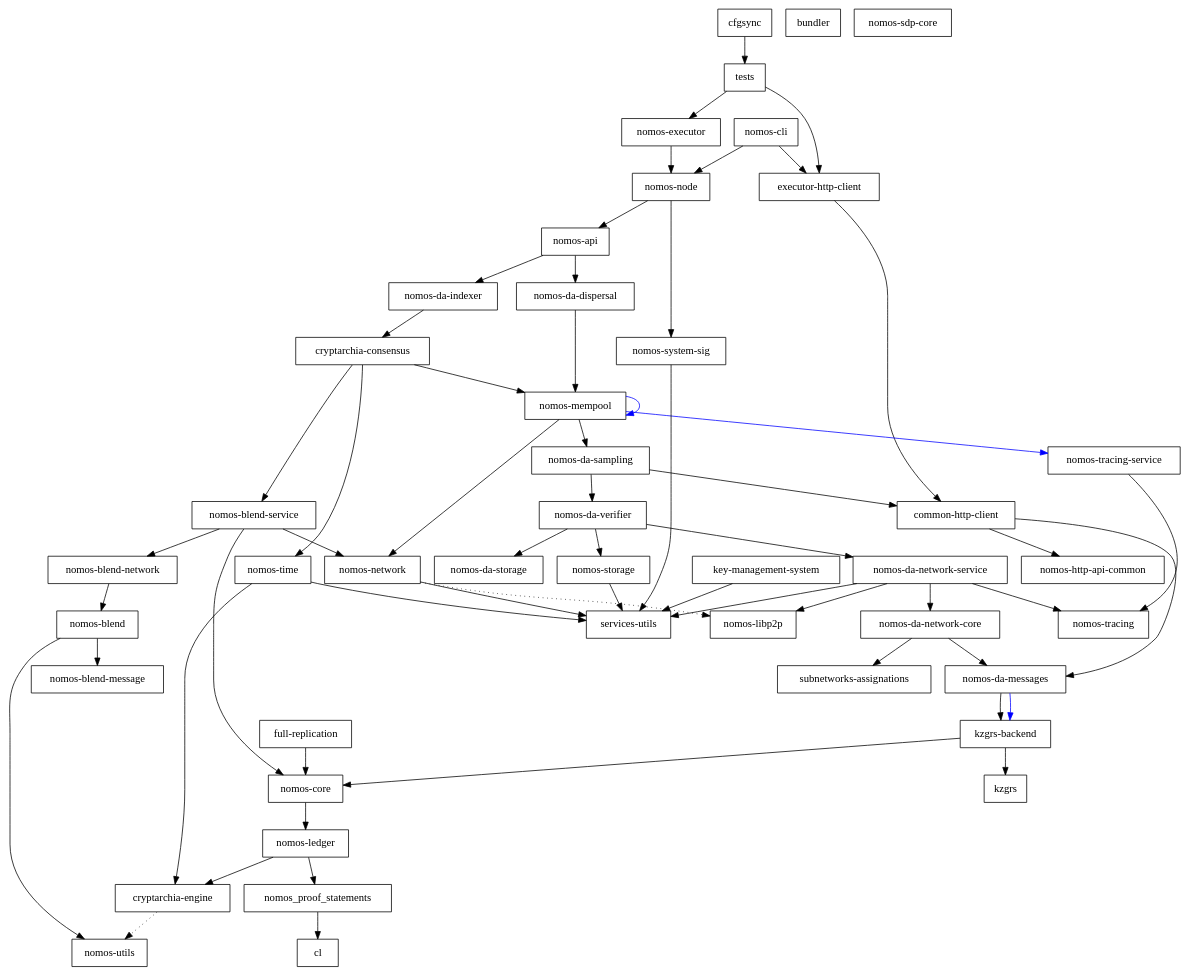
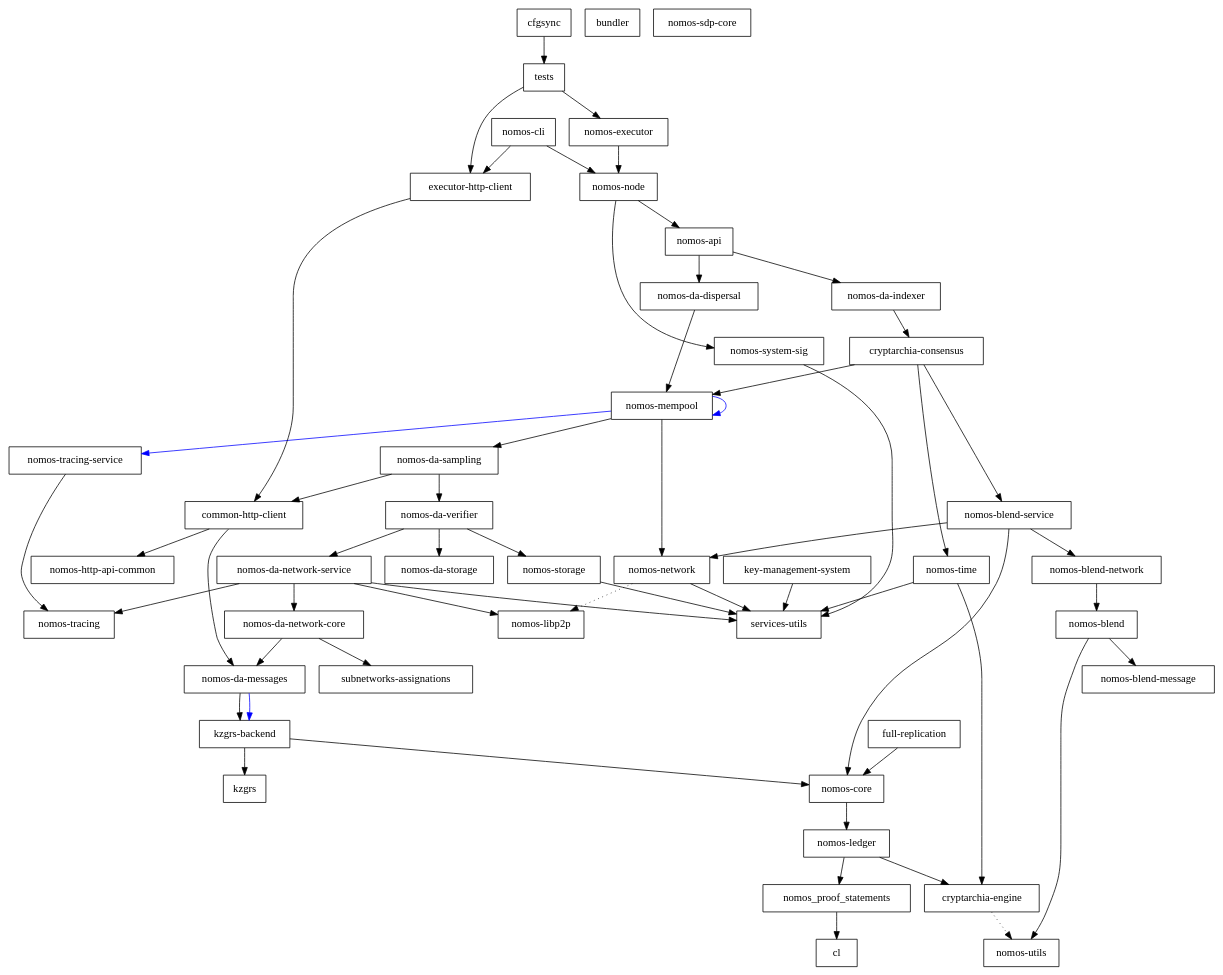
One commit to logos-co/nomos changed the diagram in dependencies_graph.dot. Above: the diagram before and after it, drawn with Graphviz. The commit also changed 5 other files, not shown here.

Commit message:
rename client to http-client, re-export error

```diff
--- a/dependencies_graph.dot
+++ b/dependencies_graph.dot
@@ -1,103 +1,103 @@
 digraph {
     0 [ label = "cryptarchia-engine" shape = box]
     1 [ label = "nomos-utils" shape = box]
     2 [ label = "nomos-ledger" shape = box]
     3 [ label = "cl" shape = box]
     4 [ label = "nomos_proof_statements" shape = box]
     5 [ label = "nomos-http-api-common" shape = box]
-    6 [ label = "executor-http-client" shape = box]
-    7 [ label = "common-http-client" shape = box]
-    8 [ label = "nomos-core" shape = box]
-    9 [ label = "nomos-da-messages" shape = box]
-    10 [ label = "kzgrs-backend" shape = box]
-    11 [ label = "kzgrs" shape = box]
-    12 [ label = "nomos-executor" shape = box]
-    13 [ label = "nomos-api" shape = box]
-    14 [ label = "cryptarchia-consensus" shape = box]
-    15 [ label = "nomos-blend-service" shape = box]
-    16 [ label = "nomos-blend" shape = box]
-    17 [ label = "nomos-blend-message" shape = box]
-    18 [ label = "nomos-blend-network" shape = box]
-    19 [ label = "nomos-libp2p" shape = box]
-    20 [ label = "nomos-network" shape = box]
-    21 [ label = "services-utils" shape = box]
-    22 [ label = "nomos-da-sampling" shape = box]
-    23 [ label = "nomos-da-network-core" shape = box]
-    24 [ label = "subnetworks-assignations" shape = box]
-    25 [ label = "nomos-da-network-service" shape = box]
-    26 [ label = "nomos-tracing" shape = box]
-    27 [ label = "nomos-da-storage" shape = box]
-    28 [ label = "nomos-da-verifier" shape = box]
-    29 [ label = "nomos-storage" shape = box]
-    30 [ label = "nomos-mempool" shape = box]
-    31 [ label = "nomos-tracing-service" shape = box]
-    32 [ label = "nomos-time" shape = box]
-    33 [ label = "nomos-da-dispersal" shape = box]
-    34 [ label = "nomos-da-indexer" shape = box]
-    35 [ label = "nomos-node" shape = box]
-    36 [ label = "nomos-system-sig" shape = box]
+    6 [ label = "nomos-executor" shape = box]
+    7 [ label = "kzgrs-backend" shape = box]
+    8 [ label = "kzgrs" shape = box]
+    9 [ label = "nomos-core" shape = box]
+    10 [ label = "nomos-api" shape = box]
+    11 [ label = "cryptarchia-consensus" shape = box]
+    12 [ label = "nomos-blend-service" shape = box]
+    13 [ label = "nomos-blend" shape = box]
+    14 [ label = "nomos-blend-message" shape = box]
+    15 [ label = "nomos-blend-network" shape = box]
+    16 [ label = "nomos-libp2p" shape = box]
+    17 [ label = "nomos-network" shape = box]
+    18 [ label = "services-utils" shape = box]
+    19 [ label = "nomos-da-sampling" shape = box]
+    20 [ label = "common-http-client" shape = box]
+    21 [ label = "nomos-da-messages" shape = box]
+    22 [ label = "nomos-da-network-core" shape = box]
+    23 [ label = "subnetworks-assignations" shape = box]
+    24 [ label = "nomos-da-network-service" shape = box]
+    25 [ label = "nomos-tracing" shape = box]
+    26 [ label = "nomos-da-storage" shape = box]
+    27 [ label = "nomos-da-verifier" shape = box]
+    28 [ label = "nomos-storage" shape = box]
+    29 [ label = "nomos-mempool" shape = box]
+    30 [ label = "nomos-tracing-service" shape = box]
+    31 [ label = "nomos-time" shape = box]
+    32 [ label = "nomos-da-dispersal" shape = box]
+    33 [ label = "nomos-da-indexer" shape = box]
+    34 [ label = "nomos-node" shape = box]
+    35 [ label = "nomos-system-sig" shape = box]
+    36 [ label = "executor-http-client" shape = box]
     37 [ label = "bundler" shape = box]
     38 [ label = "nomos-cli" shape = box]
     39 [ label = "full-replication" shape = box]
     40 [ label = "nomos-sdp-core" shape = box]
     41 [ label = "key-management-system" shape = box]
     42 [ label = "cfgsync" shape = box]
     43 [ label = "tests" shape = box]
     0 -> 1 [ style = dotted]
     2 -> 0 [ ]
     2 -> 4 [ ]
     4 -> 3 [ ]
-    6 -> 7 [ ]
+    6 -> 34 [ ]
+    7 -> 8 [ ]
     7 -> 9 [ ]
-    7 -> 5 [ ]
-    8 -> 2 [ ]
-    9 -> 10 [ ]
-    9 -> 10 [ color = blue]
-    10 -> 11 [ ]
-    10 -> 8 [ ]
-    12 -> 35 [ ]
-    13 -> 33 [ ]
-    13 -> 34 [ ]
-    14 -> 15 [ ]
-    14 -> 30 [ ]
-    14 -> 32 [ ]
-    15 -> 18 [ ]
-    15 -> 8 [ ]
-    15 -> 20 [ ]
-    16 -> 17 [ ]
-    16 -> 1 [ ]
-    18 -> 16 [ ]
-    20 -> 19 [ style = dotted]
+    9 -> 2 [ ]
+    10 -> 32 [ ]
+    10 -> 33 [ ]
+    11 -> 12 [ ]
+    11 -> 29 [ ]
+    11 -> 31 [ ]
+    12 -> 15 [ ]
+    12 -> 9 [ ]
+    12 -> 17 [ ]
+    13 -> 14 [ ]
+    13 -> 1 [ ]
+    15 -> 13 [ ]
+    17 -> 16 [ style = dotted]
+    17 -> 18 [ ]
+    19 -> 20 [ ]
+    19 -> 27 [ ]
     20 -> 21 [ ]
-    22 -> 7 [ ]
-    22 -> 28 [ ]
-    23 -> 9 [ ]
-    23 -> 24 [ ]
-    25 -> 23 [ ]
-    25 -> 19 [ ]
-    25 -> 26 [ ]
-    25 -> 21 [ ]
-    28 -> 25 [ ]
-    28 -> 27 [ ]
-    28 -> 29 [ ]
-    29 -> 21 [ ]
-    30 -> 22 [ ]
-    30 -> 30 [ color = blue]
-    30 -> 20 [ ]
-    30 -> 31 [ color = blue]
-    31 -> 26 [ ]
-    32 -> 0 [ ]
-    32 -> 21 [ ]
-    33 -> 30 [ ]
-    34 -> 14 [ ]
-    35 -> 13 [ ]
-    35 -> 36 [ ]
-    36 -> 21 [ ]
-    38 -> 6 [ ]
-    38 -> 35 [ ]
-    39 -> 8 [ ]
-    41 -> 21 [ ]
+    20 -> 5 [ ]
+    21 -> 7 [ ]
+    21 -> 7 [ color = blue]
+    22 -> 21 [ ]
+    22 -> 23 [ ]
+    24 -> 22 [ ]
+    24 -> 16 [ ]
+    24 -> 25 [ ]
+    24 -> 18 [ ]
+    27 -> 24 [ ]
+    27 -> 26 [ ]
+    27 -> 28 [ ]
+    28 -> 18 [ ]
+    29 -> 19 [ ]
+    29 -> 29 [ color = blue]
+    29 -> 17 [ ]
+    29 -> 30 [ color = blue]
+    30 -> 25 [ ]
+    31 -> 0 [ ]
+    31 -> 18 [ ]
+    32 -> 29 [ ]
+    33 -> 11 [ ]
+    34 -> 10 [ ]
+    34 -> 35 [ ]
+    35 -> 18 [ ]
+    36 -> 20 [ ]
+    38 -> 36 [ ]
+    38 -> 34 [ ]
+    39 -> 9 [ ]
+    41 -> 18 [ ]
     42 -> 43 [ ]
+    43 -> 36 [ ]
     43 -> 6 [ ]
-    43 -> 12 [ ]
 }
```
